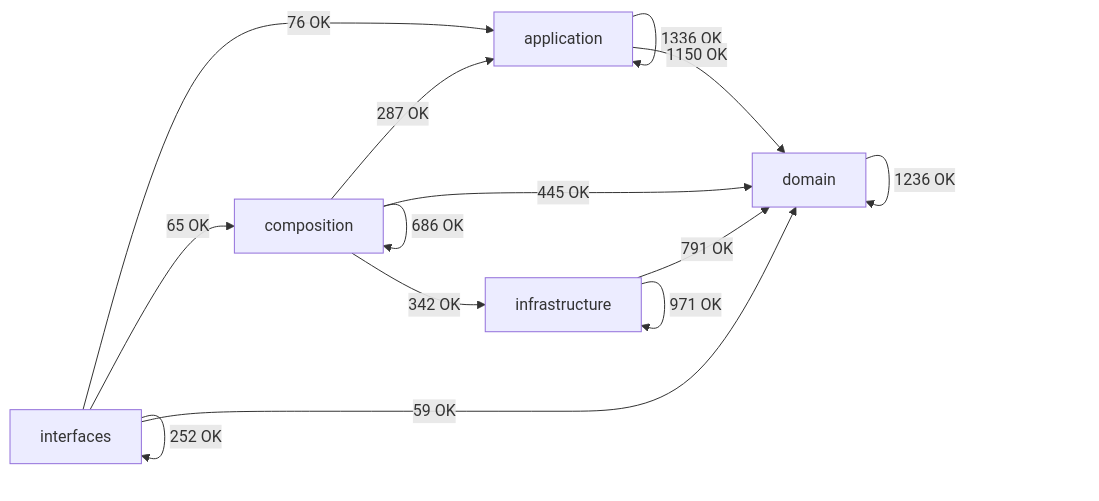
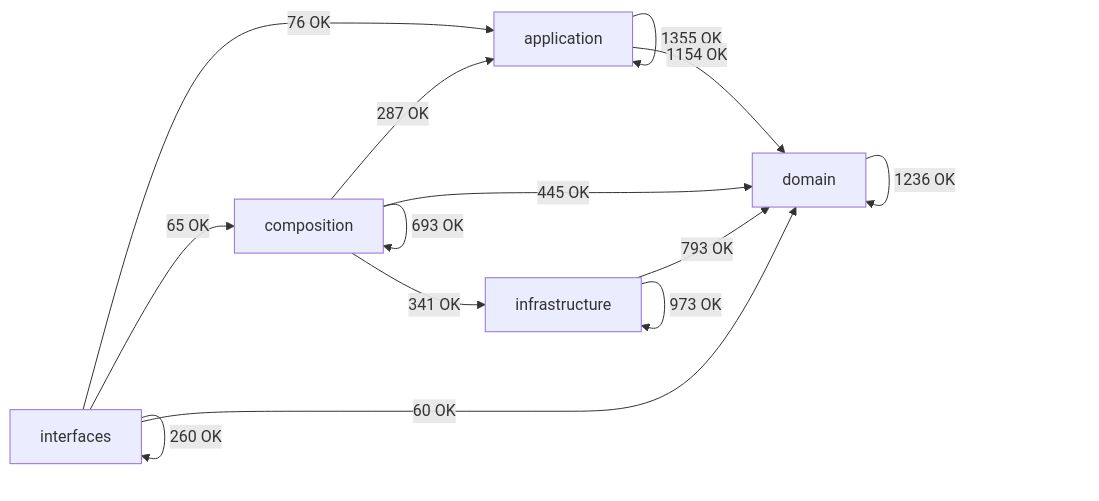
Before and after one commit to SatoryKono/BioactivityDataAcquisition: the diagram in docs/02-architecture/generated/module-dependency-map.md, drawn with Mermaid. The commit also changed other lines of this file and 57 other files, not shown here.

````diff
--- a/docs/02-architecture/generated/module-dependency-map.md
+++ b/docs/02-architecture/generated/module-dependency-map.md
@@ -17,21 +17,21 @@
 ```mermaid
 flowchart LR
     domain[domain]
     application[application]
     infrastructure[infrastructure]
     composition[composition]
     interfaces[interfaces]
-    application -->|1336 OK| application
-    application -->|1150 OK| domain
+    application -->|1355 OK| application
+    application -->|1154 OK| domain
     composition -->|287 OK| application
-    composition -->|686 OK| composition
+    composition -->|693 OK| composition
     composition -->|445 OK| domain
-    composition -->|342 OK| infrastructure
+    composition -->|341 OK| infrastructure
     domain -->|1236 OK| domain
-    infrastructure -->|791 OK| domain
-    infrastructure -->|971 OK| infrastructure
+    infrastructure -->|793 OK| domain
+    infrastructure -->|973 OK| infrastructure
     interfaces -->|76 OK| application
     interfaces -->|65 OK| composition
-    interfaces -->|59 OK| domain
-    interfaces -->|252 OK| interfaces
+    interfaces -->|60 OK| domain
+    interfaces -->|260 OK| interfaces
 ```
````
